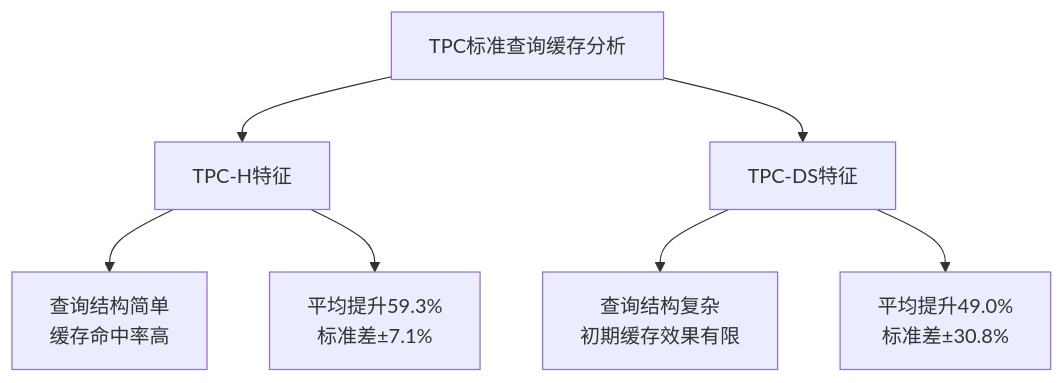
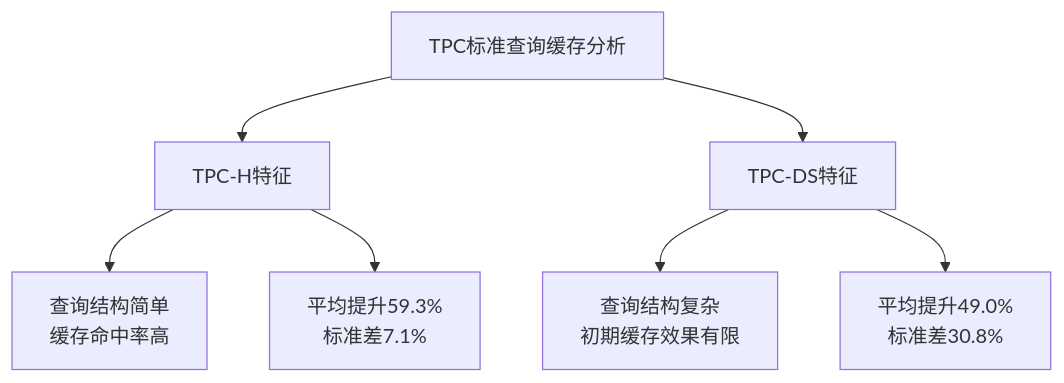
The fifth of 6 diagrams in md/第六章-实验与分析.md (crazypenguincode/duckdb), drawn with Mermaid before and after one commit. The commit also changed other lines of this file and 38 other files, not shown here.

````diff
--- a/md/第六章-实验与分析.md
+++ b/md/第六章-实验与分析.md
@@ -212,11 +214,11 @@
 ```mermaid
 flowchart TD
     A[TPC标准查询缓存分析] --> B[TPC-H特征]
     A --> C[TPC-DS特征]
     
     B --> B1[查询结构简单<br/>缓存命中率高]
-    B --> B2[平均提升59.3%<br/>标准差±7.1%]
+    B --> B2[平均提升59.3%<br/>标准差7.1%]
     
     C --> C1[查询结构复杂<br/>初期缓存效果有限]
-    C --> C2[平均提升49.0%<br/>标准差±30.8%]
+    C --> C2[平均提升49.0%<br/>标准差30.8%]
 ```
````
